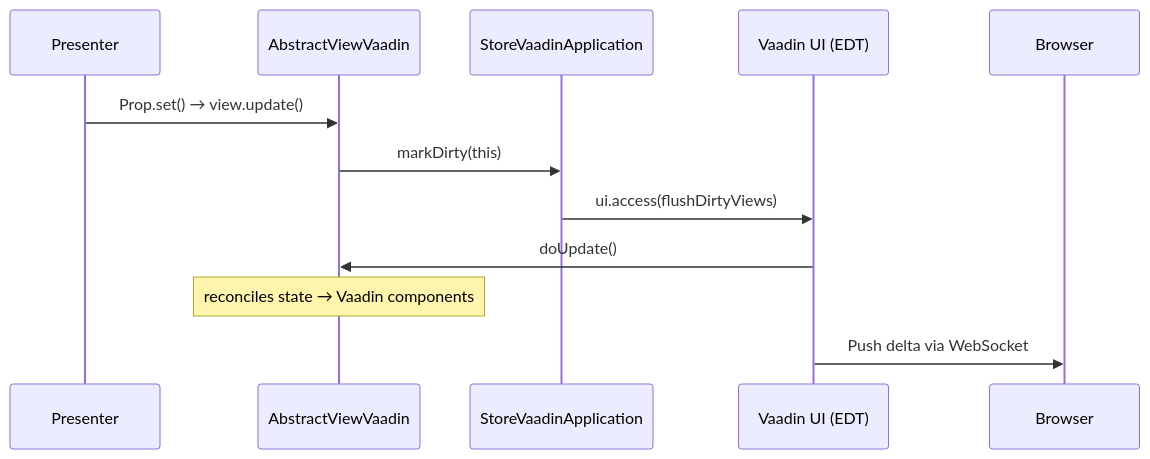
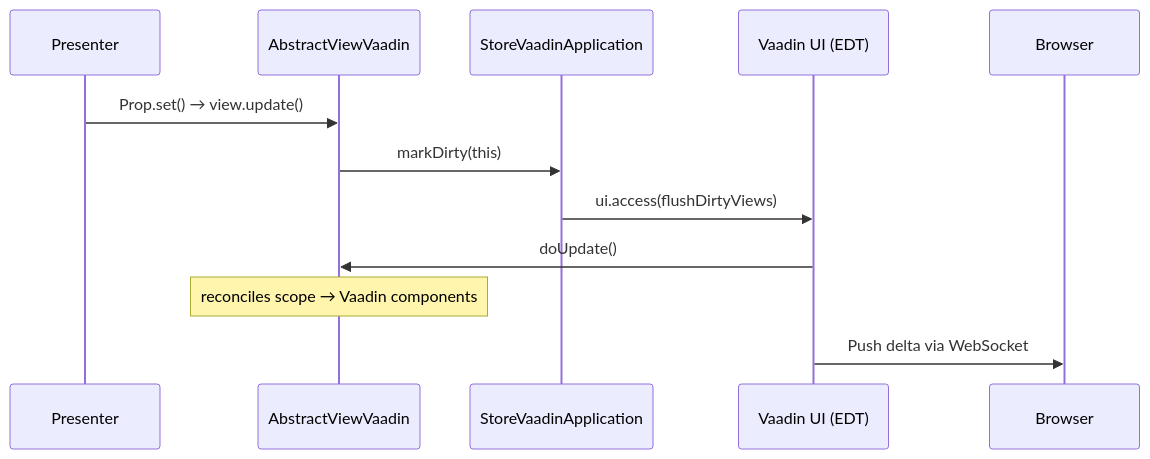
One commit to mrcdom/wdc-cube-java-v2 changed the second of 4 diagrams in fontes/br.com.wdc.store/br.com.wdc.store.view.vaadin/README.md. Above: the diagram before and after it, drawn with Mermaid. The commit also changed other lines of this file and 222 other files, not shown here.

````diff
--- a/fontes/br.com.wdc.store/br.com.wdc.store.view.vaadin/README.md
+++ b/fontes/br.com.wdc.store/br.com.wdc.store.view.vaadin/README.md
@@ -217,15 +217,15 @@
 ```mermaid
 sequenceDiagram
     participant P as Presenter
     participant V as AbstractViewVaadin
     participant A as StoreVaadinApplication
     participant UI as Vaadin UI (EDT)
     participant B as Browser
 
     P->>V: Prop.set() → view.update()
     V->>A: markDirty(this)
     A->>UI: ui.access(flushDirtyViews)
     UI->>V: doUpdate()
-    Note over V: reconciles state → Vaadin components
+    Note over V: reconciles scope → Vaadin components
     UI->>B: Push delta via WebSocket
 ```
````
